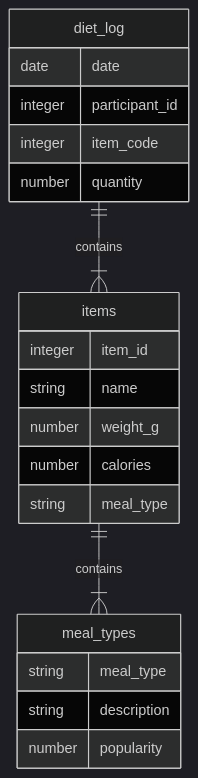
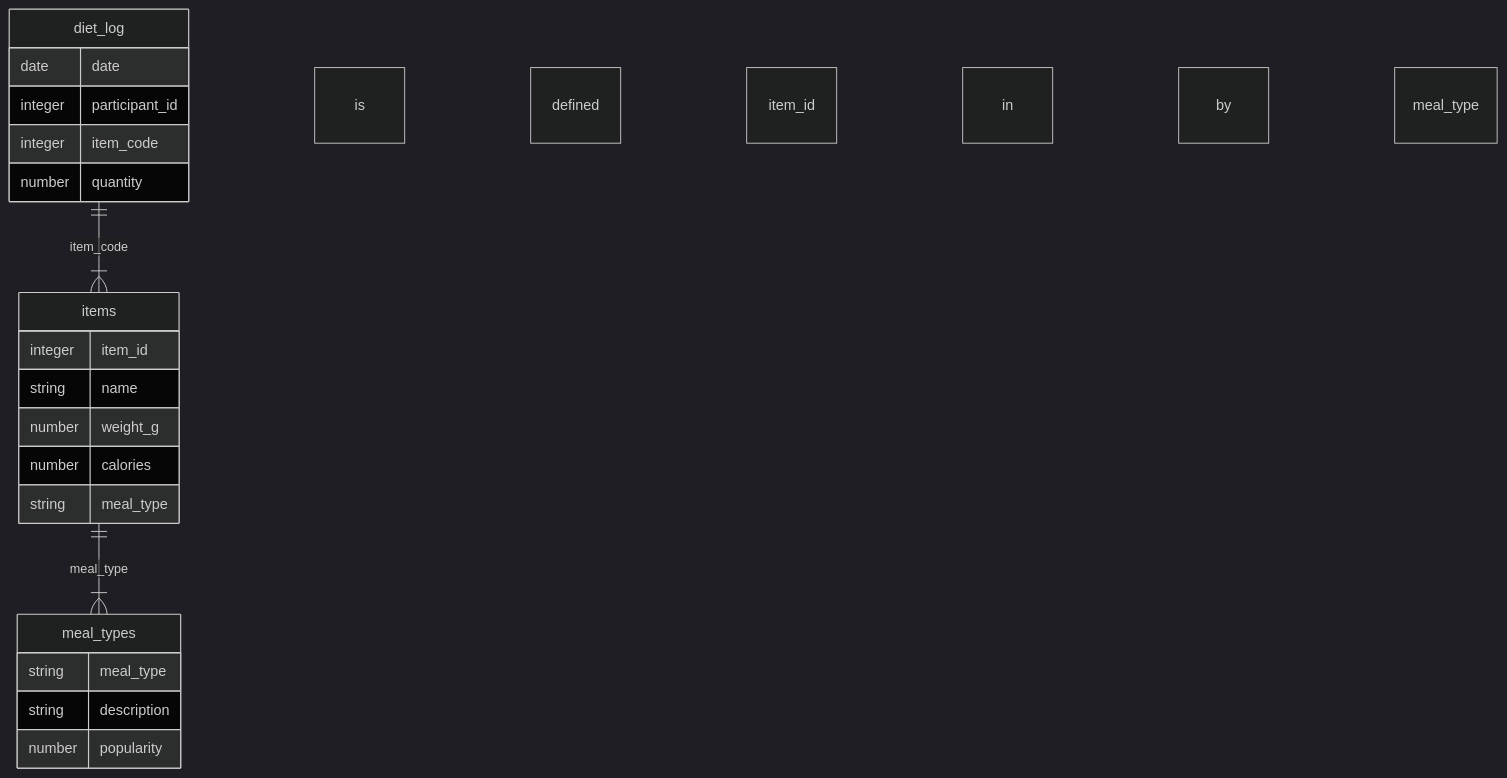
The diagram in table-based-categoricals/README.md (khusmann/frictionless-categorical-examples), drawn with Mermaid (dark theme) before and after one commit.

Commit message:
add note

````diff
--- a/table-based-categoricals/README.md
+++ b/table-based-categoricals/README.md
@@ -18,23 +18,23 @@
 ```mermaid
 erDiagram
-    diet_log ||--|{ items : contains
+    diet_log ||--|{ items : item_code is defined item_id in items
     diet_log {
         date date
         integer participant_id
         integer item_code
         number quantity
     }
-    items ||--|{ meal_types : contains
+    items ||--|{ meal_types : meal_type is defined by meal_type in meal_types
     items {
         integer item_id
         string name
         number weight_g
         number calories
         string meal_type
     }
     meal_types {
         string meal_type
         string description
         number popularity
     }
 ```
````
